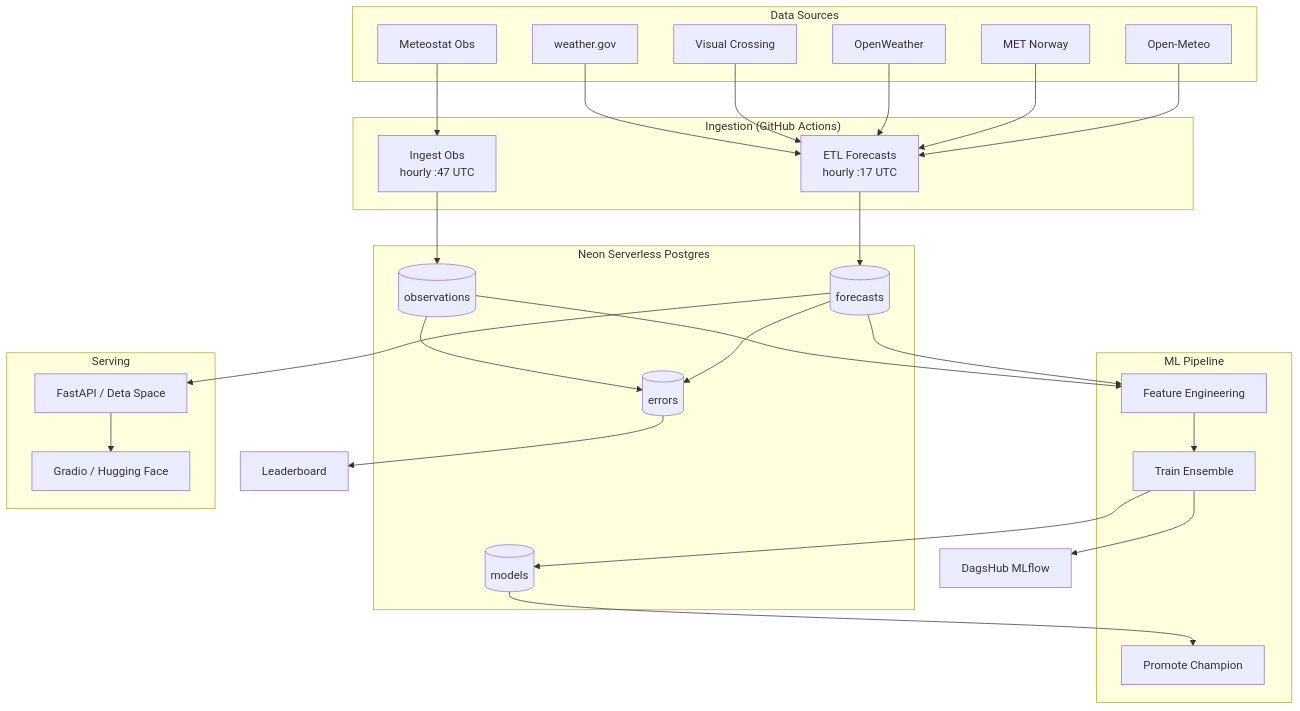
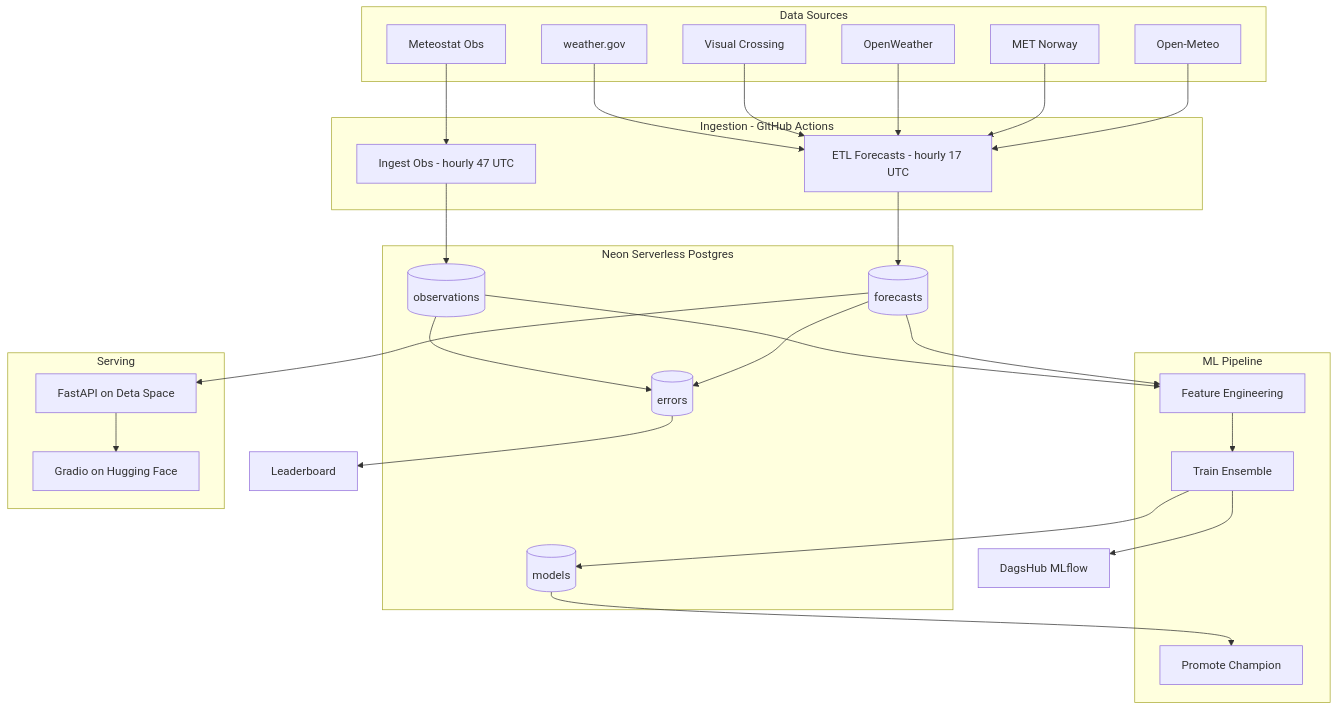
Before and after one commit to JepStar990/weather-mlops-forecasts: the first of 3 diagrams in README.md, drawn with Mermaid. The commit also changed other lines of this file, not shown here.

First line of the commit message:
fix: simplify Mermaid diagrams for GitHub renderer compatibility

````diff
--- a/README.md
+++ b/README.md
@@ -16,58 +16,60 @@
 ```mermaid
 graph TB
-    subgraph "Data Sources"
+    subgraph Sources["Data Sources"]
         OM[Open-Meteo]
         MET[MET Norway]
         OW[OpenWeather]
         VC[Visual Crossing]
         NWS[weather.gov]
         MS[Meteostat Obs]
     end
 
-    subgraph "Ingestion (GitHub Actions)"
-        ETL[ETL Forecasts<br/>hourly :17 UTC]
-        OBS[Ingest Obs<br/>hourly :47 UTC]
+    subgraph Ingest["Ingestion - GitHub Actions"]
+        ETL[ETL Forecasts - hourly 17 UTC]
+        OBS[Ingest Obs - hourly 47 UTC]
     end
 
-    subgraph "Neon Serverless Postgres"
+    subgraph DB["Neon Serverless Postgres"]
         FCT[(forecasts)]
         OBT[(observations)]
         ERR[(errors)]
         MDL[(models)]
     end
 
-    subgraph "ML Pipeline"
+    subgraph ML["ML Pipeline"]
         FEAT[Feature Engineering]
         TRAIN[Train Ensemble]
         PROMO[Promote Champion]
     end
 
-    subgraph "Serving"
-        API[FastAPI / Deta Space]
-        DASH[Gradio / Hugging Face]
+    subgraph Serve["Serving"]
+        API[FastAPI on Deta Space]
+        DASH[Gradio on Hugging Face]
     end
+
+    MLFLOW[DagsHub MLflow]
 
     OM --> ETL
     MET --> ETL
     OW --> ETL
     VC --> ETL
     NWS --> ETL
     MS --> OBS
 
     ETL --> FCT
     OBS --> OBT
 
     FCT --> FEAT
     OBT --> FEAT
     FEAT --> TRAIN
     TRAIN --> MDL
-    TRAIN --> MLFLOW[DagsHub MLflow]
+    TRAIN --> MLFLOW
     MDL --> PROMO
 
     FCT --> ERR
     OBT --> ERR
     ERR --> LB[Leaderboard]
 
     FCT --> API
     API --> DASH
 ```
````
